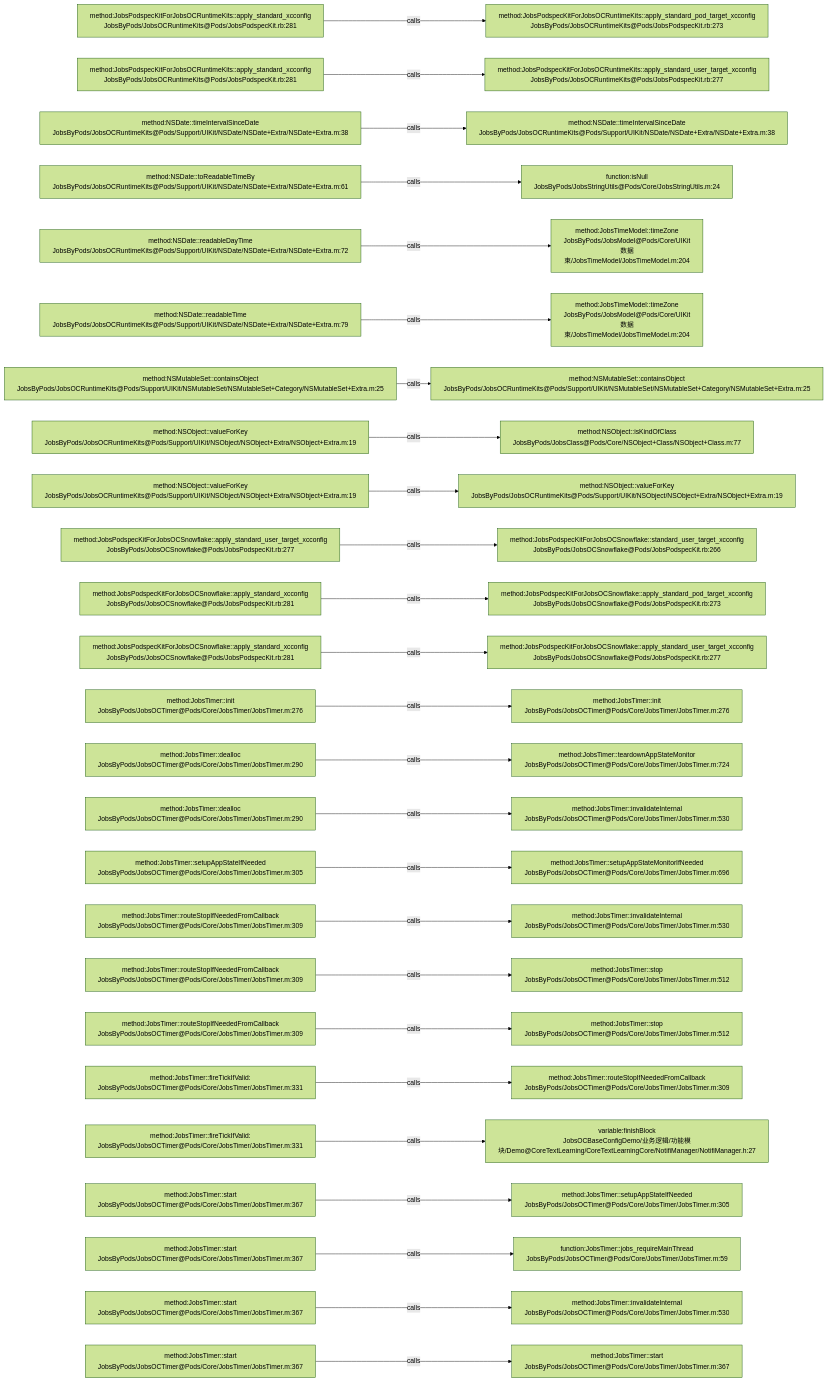
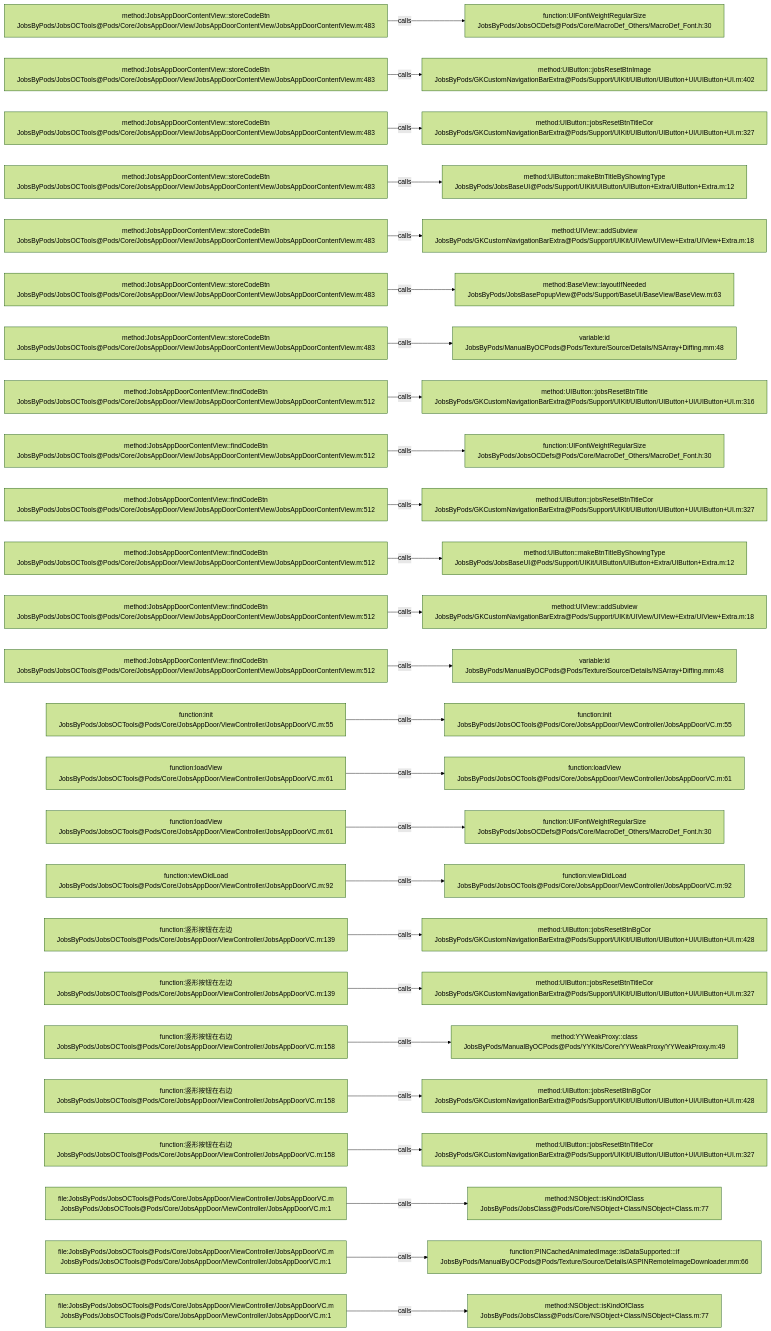
The diagram in .codegraph/codegraph.md/graphs/calls-144.md (JobsKits/JobsOCBaseConfigDemo), drawn with Mermaid (forest theme) before and after one commit. The commit also changed 639 other files, not shown here.

````diff
--- a/.codegraph/codegraph.md/graphs/calls-144.md
+++ b/.codegraph/codegraph.md/graphs/calls-144.md
@@ -13,78 +13,78 @@
 ```mermaid
 flowchart LR
-  S1["method:JobsPodspecKitForJobsOCRuntimeKits::apply_standard_xcconfig<br/>JobsByPods/JobsOCRuntimeKits@Pods/JobsPodspecKit.rb:281"]
-  T1["method:JobsPodspecKitForJobsOCRuntimeKits::apply_standard_pod_target_xcconfig<br/>JobsByPods/JobsOCRuntimeKits@Pods/JobsPodspecKit.rb:273"]
+  S1["method:JobsAppDoorContentView::storeCodeBtn<br/>JobsByPods/JobsOCTools@Pods/Core/JobsAppDoor/View/JobsAppDoorContentView/JobsAppDoorContentView.m:483"]
+  T1["function:UIFontWeightRegularSize<br/>JobsByPods/JobsOCDefs@Pods/Core/MacroDef_Others/MacroDef_Font.h:30"]
   S1 -->|calls| T1
-  S2["method:JobsPodspecKitForJobsOCRuntimeKits::apply_standard_xcconfig<br/>JobsByPods/JobsOCRuntimeKits@Pods/JobsPodspecKit.rb:281"]
-  T2["method:JobsPodspecKitForJobsOCRuntimeKits::apply_standard_user_target_xcconfig<br/>JobsByPods/JobsOCRuntimeKits@Pods/JobsPodspecKit.rb:277"]
+  S2["method:JobsAppDoorContentView::storeCodeBtn<br/>JobsByPods/JobsOCTools@Pods/Core/JobsAppDoor/View/JobsAppDoorContentView/JobsAppDoorContentView.m:483"]
+  T2["method:UIButton::jobsResetBtnImage<br/>JobsByPods/GKCustomNavigationBarExtra@Pods/Support/UIKit/UIButton/UIButton+UI/UIButton+UI.m:402"]
   S2 -->|calls| T2
-  S3["method:NSDate::timeIntervalSinceDate<br/>JobsByPods/JobsOCRuntimeKits@Pods/Support/UIKit/NSDate/NSDate+Extra/NSDate+Extra.m:38"]
-  T3["method:NSDate::timeIntervalSinceDate<br/>JobsByPods/JobsOCRuntimeKits@Pods/Support/UIKit/NSDate/NSDate+Extra/NSDate+Extra.m:38"]
+  S3["method:JobsAppDoorContentView::storeCodeBtn<br/>JobsByPods/JobsOCTools@Pods/Core/JobsAppDoor/View/JobsAppDoorContentView/JobsAppDoorContentView.m:483"]
+  T3["method:UIButton::jobsResetBtnTitleCor<br/>JobsByPods/GKCustomNavigationBarExtra@Pods/Support/UIKit/UIButton/UIButton+UI/UIButton+UI.m:327"]
   S3 -->|calls| T3
-  S4["method:NSDate::toReadableTimeBy<br/>JobsByPods/JobsOCRuntimeKits@Pods/Support/UIKit/NSDate/NSDate+Extra/NSDate+Extra.m:61"]
-  T4["function:isNull<br/>JobsByPods/JobsStringUtils@Pods/Core/JobsStringUtils.m:24"]
+  S4["method:JobsAppDoorContentView::storeCodeBtn<br/>JobsByPods/JobsOCTools@Pods/Core/JobsAppDoor/View/JobsAppDoorContentView/JobsAppDoorContentView.m:483"]
+  T4["method:UIButton::makeBtnTitleByShowingType<br/>JobsByPods/JobsBaseUI@Pods/Support/UIKit/UIButton/UIButton+Extra/UIButton+Extra.m:12"]
   S4 -->|calls| T4
-  S5["method:NSDate::readableDayTime<br/>JobsByPods/JobsOCRuntimeKits@Pods/Support/UIKit/NSDate/NSDate+Extra/NSDate+Extra.m:72"]
-  T5["method:JobsTimeModel::timeZone<br/>JobsByPods/JobsModel@Pods/Core/UIKit数据束/JobsTimeModel/JobsTimeModel.m:204"]
+  S5["method:JobsAppDoorContentView::storeCodeBtn<br/>JobsByPods/JobsOCTools@Pods/Core/JobsAppDoor/View/JobsAppDoorContentView/JobsAppDoorContentView.m:483"]
+  T5["method:UIView::addSubview<br/>JobsByPods/GKCustomNavigationBarExtra@Pods/Support/UIKit/UIView/UIView+Extra/UIView+Extra.m:18"]
   S5 -->|calls| T5
-  S6["method:NSDate::readableTime<br/>JobsByPods/JobsOCRuntimeKits@Pods/Support/UIKit/NSDate/NSDate+Extra/NSDate+Extra.m:79"]
-  T6["method:JobsTimeModel::timeZone<br/>JobsByPods/JobsModel@Pods/Core/UIKit数据束/JobsTimeModel/JobsTimeModel.m:204"]
+  S6["method:JobsAppDoorContentView::storeCodeBtn<br/>JobsByPods/JobsOCTools@Pods/Core/JobsAppDoor/View/JobsAppDoorContentView/JobsAppDoorContentView.m:483"]
+  T6["method:BaseView::layoutIfNeeded<br/>JobsByPods/JobsBasePopupView@Pods/Support/BaseUI/BaseView/BaseView.m:63"]
   S6 -->|calls| T6
-  S7["method:NSMutableSet::containsObject<br/>JobsByPods/JobsOCRuntimeKits@Pods/Support/UIKit/NSMutableSet/NSMutableSet+Category/NSMutableSet+Extra.m:25"]
-  T7["method:NSMutableSet::containsObject<br/>JobsByPods/JobsOCRuntimeKits@Pods/Support/UIKit/NSMutableSet/NSMutableSet+Category/NSMutableSet+Extra.m:25"]
+  S7["method:JobsAppDoorContentView::storeCodeBtn<br/>JobsByPods/JobsOCTools@Pods/Core/JobsAppDoor/View/JobsAppDoorContentView/JobsAppDoorContentView.m:483"]
+  T7["variable:id<br/>JobsByPods/ManualByOCPods@Pods/Texture/Source/Details/NSArray+Diffing.mm:48"]
   S7 -->|calls| T7
-  S8["method:NSObject::valueForKey<br/>JobsByPods/JobsOCRuntimeKits@Pods/Support/UIKit/NSObject/NSObject+Extra/NSObject+Extra.m:19"]
-  T8["method:NSObject::isKindOfClass<br/>JobsByPods/JobsClass@Pods/Core/NSObject+Class/NSObject+Class.m:77"]
+  S8["method:JobsAppDoorContentView::findCodeBtn<br/>JobsByPods/JobsOCTools@Pods/Core/JobsAppDoor/View/JobsAppDoorContentView/JobsAppDoorContentView.m:512"]
+  T8["method:UIButton::jobsResetBtnTitle<br/>JobsByPods/GKCustomNavigationBarExtra@Pods/Support/UIKit/UIButton/UIButton+UI/UIButton+UI.m:316"]
   S8 -->|calls| T8
-  S9["method:NSObject::valueForKey<br/>JobsByPods/JobsOCRuntimeKits@Pods/Support/UIKit/NSObject/NSObject+Extra/NSObject+Extra.m:19"]
-  T9["method:NSObject::valueForKey<br/>JobsByPods/JobsOCRuntimeKits@Pods/Support/UIKit/NSObject/NSObject+Extra/NSObject+Extra.m:19"]
+  S9["method:JobsAppDoorContentView::findCodeBtn<br/>JobsByPods/JobsOCTools@Pods/Core/JobsAppDoor/View/JobsAppDoorContentView/JobsAppDoorContentView.m:512"]
+  T9["function:UIFontWeightRegularSize<br/>JobsByPods/JobsOCDefs@Pods/Core/MacroDef_Others/MacroDef_Font.h:30"]
   S9 -->|calls| T9
-  S10["method:JobsPodspecKitForJobsOCSnowflake::apply_standard_user_target_xcconfig<br/>JobsByPods/JobsOCSnowflake@Pods/JobsPodspecKit.rb:277"]
-  T10["method:JobsPodspecKitForJobsOCSnowflake::standard_user_target_xcconfig<br/>JobsByPods/JobsOCSnowflake@Pods/JobsPodspecKit.rb:266"]
+  S10["method:JobsAppDoorContentView::findCodeBtn<br/>JobsByPods/JobsOCTools@Pods/Core/JobsAppDoor/View/JobsAppDoorContentView/JobsAppDoorContentView.m:512"]
+  T10["method:UIButton::jobsResetBtnTitleCor<br/>JobsByPods/GKCustomNavigationBarExtra@Pods/Support/UIKit/UIButton/UIButton+UI/UIButton+UI.m:327"]
   S10 -->|calls| T10
-  S11["method:JobsPodspecKitForJobsOCSnowflake::apply_standard_xcconfig<br/>JobsByPods/JobsOCSnowflake@Pods/JobsPodspecKit.rb:281"]
-  T11["method:JobsPodspecKitForJobsOCSnowflake::apply_standard_pod_target_xcconfig<br/>JobsByPods/JobsOCSnowflake@Pods/JobsPodspecKit.rb:273"]
+  S11["method:JobsAppDoorContentView::findCodeBtn<br/>JobsByPods/JobsOCTools@Pods/Core/JobsAppDoor/View/JobsAppDoorContentView/JobsAppDoorContentView.m:512"]
+  T11["method:UIButton::makeBtnTitleByShowingType<br/>JobsByPods/JobsBaseUI@Pods/Support/UIKit/UIButton/UIButton+Extra/UIButton+Extra.m:12"]
   S11 -->|calls| T11
-  S12["method:JobsPodspecKitForJobsOCSnowflake::apply_standard_xcconfig<br/>JobsByPods/JobsOCSnowflake@Pods/JobsPodspecKit.rb:281"]
-  T12["method:JobsPodspecKitForJobsOCSnowflake::apply_standard_user_target_xcconfig<br/>JobsByPods/JobsOCSnowflake@Pods/JobsPodspecKit.rb:277"]
+  S12["method:JobsAppDoorContentView::findCodeBtn<br/>JobsByPods/JobsOCTools@Pods/Core/JobsAppDoor/View/JobsAppDoorContentView/JobsAppDoorContentView.m:512"]
+  T12["method:UIView::addSubview<br/>JobsByPods/GKCustomNavigationBarExtra@Pods/Support/UIKit/UIView/UIView+Extra/UIView+Extra.m:18"]
   S12 -->|calls| T12
-  S13["method:JobsTimer::init<br/>JobsByPods/JobsOCTimer@Pods/Core/JobsTimer/JobsTimer.m:276"]
-  T13["method:JobsTimer::init<br/>JobsByPods/JobsOCTimer@Pods/Core/JobsTimer/JobsTimer.m:276"]
+  S13["method:JobsAppDoorContentView::findCodeBtn<br/>JobsByPods/JobsOCTools@Pods/Core/JobsAppDoor/View/JobsAppDoorContentView/JobsAppDoorContentView.m:512"]
+  T13["variable:id<br/>JobsByPods/ManualByOCPods@Pods/Texture/Source/Details/NSArray+Diffing.mm:48"]
   S13 -->|calls| T13
-  S14["method:JobsTimer::dealloc<br/>JobsByPods/JobsOCTimer@Pods/Core/JobsTimer/JobsTimer.m:290"]
-  T14["method:JobsTimer::teardownAppStateMonitor<br/>JobsByPods/JobsOCTimer@Pods/Core/JobsTimer/JobsTimer.m:724"]
+  S14["function:init<br/>JobsByPods/JobsOCTools@Pods/Core/JobsAppDoor/ViewController/JobsAppDoorVC.m:55"]
+  T14["function:init<br/>JobsByPods/JobsOCTools@Pods/Core/JobsAppDoor/ViewController/JobsAppDoorVC.m:55"]
   S14 -->|calls| T14
-  S15["method:JobsTimer::dealloc<br/>JobsByPods/JobsOCTimer@Pods/Core/JobsTimer/JobsTimer.m:290"]
-  T15["method:JobsTimer::invalidateInternal<br/>JobsByPods/JobsOCTimer@Pods/Core/JobsTimer/JobsTimer.m:530"]
+  S15["function:loadView<br/>JobsByPods/JobsOCTools@Pods/Core/JobsAppDoor/ViewController/JobsAppDoorVC.m:61"]
+  T15["function:loadView<br/>JobsByPods/JobsOCTools@Pods/Core/JobsAppDoor/ViewController/JobsAppDoorVC.m:61"]
   S15 -->|calls| T15
-  S16["method:JobsTimer::setupAppStateIfNeeded<br/>JobsByPods/JobsOCTimer@Pods/Core/JobsTimer/JobsTimer.m:305"]
-  T16["method:JobsTimer::setupAppStateMonitorIfNeeded<br/>JobsByPods/JobsOCTimer@Pods/Core/JobsTimer/JobsTimer.m:696"]
+  S16["function:loadView<br/>JobsByPods/JobsOCTools@Pods/Core/JobsAppDoor/ViewController/JobsAppDoorVC.m:61"]
+  T16["function:UIFontWeightRegularSize<br/>JobsByPods/JobsOCDefs@Pods/Core/MacroDef_Others/MacroDef_Font.h:30"]
   S16 -->|calls| T16
-  S17["method:JobsTimer::routeStopIfNeededFromCallback<br/>JobsByPods/JobsOCTimer@Pods/Core/JobsTimer/JobsTimer.m:309"]
-  T17["method:JobsTimer::invalidateInternal<br/>JobsByPods/JobsOCTimer@Pods/Core/JobsTimer/JobsTimer.m:530"]
+  S17["function:viewDidLoad<br/>JobsByPods/JobsOCTools@Pods/Core/JobsAppDoor/ViewController/JobsAppDoorVC.m:92"]
+  T17["function:viewDidLoad<br/>JobsByPods/JobsOCTools@Pods/Core/JobsAppDoor/ViewController/JobsAppDoorVC.m:92"]
   S17 -->|calls| T17
-  S18["method:JobsTimer::routeStopIfNeededFromCallback<br/>JobsByPods/JobsOCTimer@Pods/Core/JobsTimer/JobsTimer.m:309"]
-  T18["method:JobsTimer::stop<br/>JobsByPods/JobsOCTimer@Pods/Core/JobsTimer/JobsTimer.m:512"]
+  S18["function:竖形按钮在左边<br/>JobsByPods/JobsOCTools@Pods/Core/JobsAppDoor/ViewController/JobsAppDoorVC.m:139"]
+  T18["method:UIButton::jobsResetBtnBgCor<br/>JobsByPods/GKCustomNavigationBarExtra@Pods/Support/UIKit/UIButton/UIButton+UI/UIButton+UI.m:428"]
   S18 -->|calls| T18
-  S19["method:JobsTimer::routeStopIfNeededFromCallback<br/>JobsByPods/JobsOCTimer@Pods/Core/JobsTimer/JobsTimer.m:309"]
-  T19["method:JobsTimer::stop<br/>JobsByPods/JobsOCTimer@Pods/Core/JobsTimer/JobsTimer.m:512"]
+  S19["function:竖形按钮在左边<br/>JobsByPods/JobsOCTools@Pods/Core/JobsAppDoor/ViewController/JobsAppDoorVC.m:139"]
+  T19["method:UIButton::jobsResetBtnTitleCor<br/>JobsByPods/GKCustomNavigationBarExtra@Pods/Support/UIKit/UIButton/UIButton+UI/UIButton+UI.m:327"]
   S19 -->|calls| T19
-  S20["method:JobsTimer::fireTickIfValid:<br/>JobsByPods/JobsOCTimer@Pods/Core/JobsTimer/JobsTimer.m:331"]
-  T20["method:JobsTimer::routeStopIfNeededFromCallback<br/>JobsByPods/JobsOCTimer@Pods/Core/JobsTimer/JobsTimer.m:309"]
+  S20["function:竖形按钮在右边<br/>JobsByPods/JobsOCTools@Pods/Core/JobsAppDoor/ViewController/JobsAppDoorVC.m:158"]
+  T20["method:YYWeakProxy::class<br/>JobsByPods/ManualByOCPods@Pods/YYKits/Core/YYWeakProxy/YYWeakProxy.m:49"]
   S20 -->|calls| T20
-  S21["method:JobsTimer::fireTickIfValid:<br/>JobsByPods/JobsOCTimer@Pods/Core/JobsTimer/JobsTimer.m:331"]
-  T21["variable:finishBlock<br/>JobsOCBaseConfigDemo/业务逻辑/功能模块/Demo@CoreTextLearning/CoreTextLearningCore/NotifiManager/NotifiManager.h:27"]
+  S21["function:竖形按钮在右边<br/>JobsByPods/JobsOCTools@Pods/Core/JobsAppDoor/ViewController/JobsAppDoorVC.m:158"]
+  T21["method:UIButton::jobsResetBtnBgCor<br/>JobsByPods/GKCustomNavigationBarExtra@Pods/Support/UIKit/UIButton/UIButton+UI/UIButton+UI.m:428"]
   S21 -->|calls| T21
-  S22["method:JobsTimer::start<br/>JobsByPods/JobsOCTimer@Pods/Core/JobsTimer/JobsTimer.m:367"]
-  T22["method:JobsTimer::setupAppStateIfNeeded<br/>JobsByPods/JobsOCTimer@Pods/Core/JobsTimer/JobsTimer.m:305"]
+  S22["function:竖形按钮在右边<br/>JobsByPods/JobsOCTools@Pods/Core/JobsAppDoor/ViewController/JobsAppDoorVC.m:158"]
+  T22["method:UIButton::jobsResetBtnTitleCor<br/>JobsByPods/GKCustomNavigationBarExtra@Pods/Support/UIKit/UIButton/UIButton+UI/UIButton+UI.m:327"]
   S22 -->|calls| T22
-  S23["method:JobsTimer::start<br/>JobsByPods/JobsOCTimer@Pods/Core/JobsTimer/JobsTimer.m:367"]
-  T23["function:JobsTimer::jobs_requireMainThread<br/>JobsByPods/JobsOCTimer@Pods/Core/JobsTimer/JobsTimer.m:59"]
+  S23["file:JobsByPods/JobsOCTools@Pods/Core/JobsAppDoor/ViewController/JobsAppDoorVC.m<br/>JobsByPods/JobsOCTools@Pods/Core/JobsAppDoor/ViewController/JobsAppDoorVC.m:1"]
+  T23["method:NSObject::isKindOfClass<br/>JobsByPods/JobsClass@Pods/Core/NSObject+Class/NSObject+Class.m:77"]
   S23 -->|calls| T23
-  S24["method:JobsTimer::start<br/>JobsByPods/JobsOCTimer@Pods/Core/JobsTimer/JobsTimer.m:367"]
-  T24["method:JobsTimer::invalidateInternal<br/>JobsByPods/JobsOCTimer@Pods/Core/JobsTimer/JobsTimer.m:530"]
+  S24["file:JobsByPods/JobsOCTools@Pods/Core/JobsAppDoor/ViewController/JobsAppDoorVC.m<br/>JobsByPods/JobsOCTools@Pods/Core/JobsAppDoor/ViewController/JobsAppDoorVC.m:1"]
+  T24["function:PINCachedAnimatedImage::isDataSupported:::if<br/>JobsByPods/ManualByOCPods@Pods/Texture/Source/Details/ASPINRemoteImageDownloader.mm:66"]
   S24 -->|calls| T24
-  S25["method:JobsTimer::start<br/>JobsByPods/JobsOCTimer@Pods/Core/JobsTimer/JobsTimer.m:367"]
-  T25["method:JobsTimer::start<br/>JobsByPods/JobsOCTimer@Pods/Core/JobsTimer/JobsTimer.m:367"]
+  S25["file:JobsByPods/JobsOCTools@Pods/Core/JobsAppDoor/ViewController/JobsAppDoorVC.m<br/>JobsByPods/JobsOCTools@Pods/Core/JobsAppDoor/ViewController/JobsAppDoorVC.m:1"]
+  T25["method:NSObject::isKindOfClass<br/>JobsByPods/JobsClass@Pods/Core/NSObject+Class/NSObject+Class.m:77"]
   S25 -->|calls| T25
 ```
````
